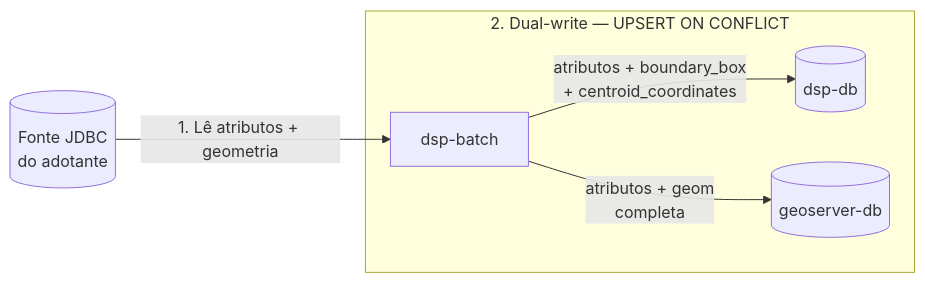
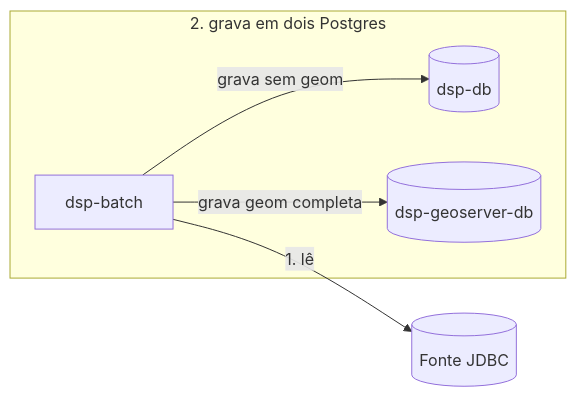
One commit to kleber-albino/rer-dsp-docs changed the third of 3 diagrams in docs/architecture/databases.md. Above: the diagram before and after it, drawn with Mermaid. The commit also changed other lines of this file and 22 other files, not shown here.

````diff
--- a/docs/architecture/databases.md
+++ b/docs/architecture/databases.md
@@ -97,9 +199,8 @@
 ```mermaid
 flowchart LR
-  src[(Fonte JDBC<br/>do adotante)] -->|1. Lê atributos + geometria| job[dsp-batch]
-
-  subgraph write ["2. Dual-write — UPSERT ON CONFLICT"]
-    job -->|"atributos + boundary_box<br/>+ centroid_coordinates"| dspdb[(dsp-db)]
-    job -->|"atributos + geom<br/>completa"| exdb[(geoserver-db)]
+  job[dsp-batch] -->|1. lê| src[(Fonte JDBC)]
+  subgraph w ["2. grava em dois Postgres"]
+    job -->|grava sem geom| dsp[(dsp-db)]
+    job -->|grava geom completa| ex[(dsp-geoserver-db)]
   end
 ```
````
